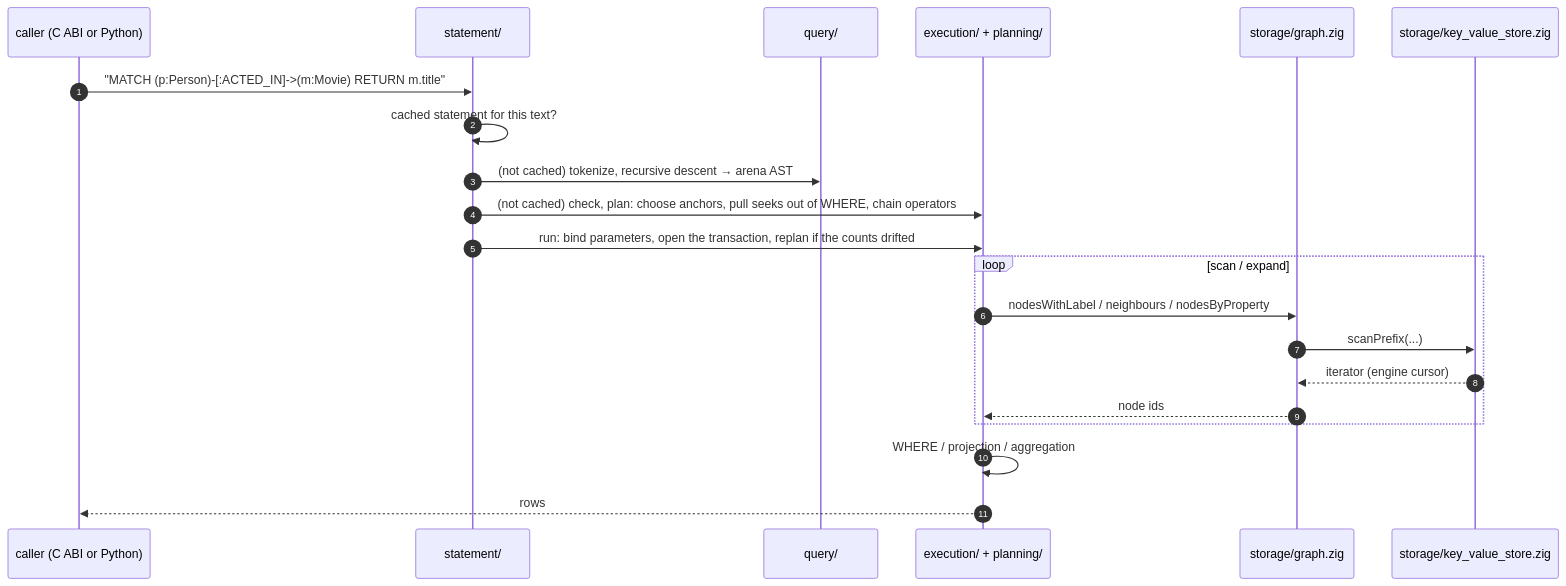
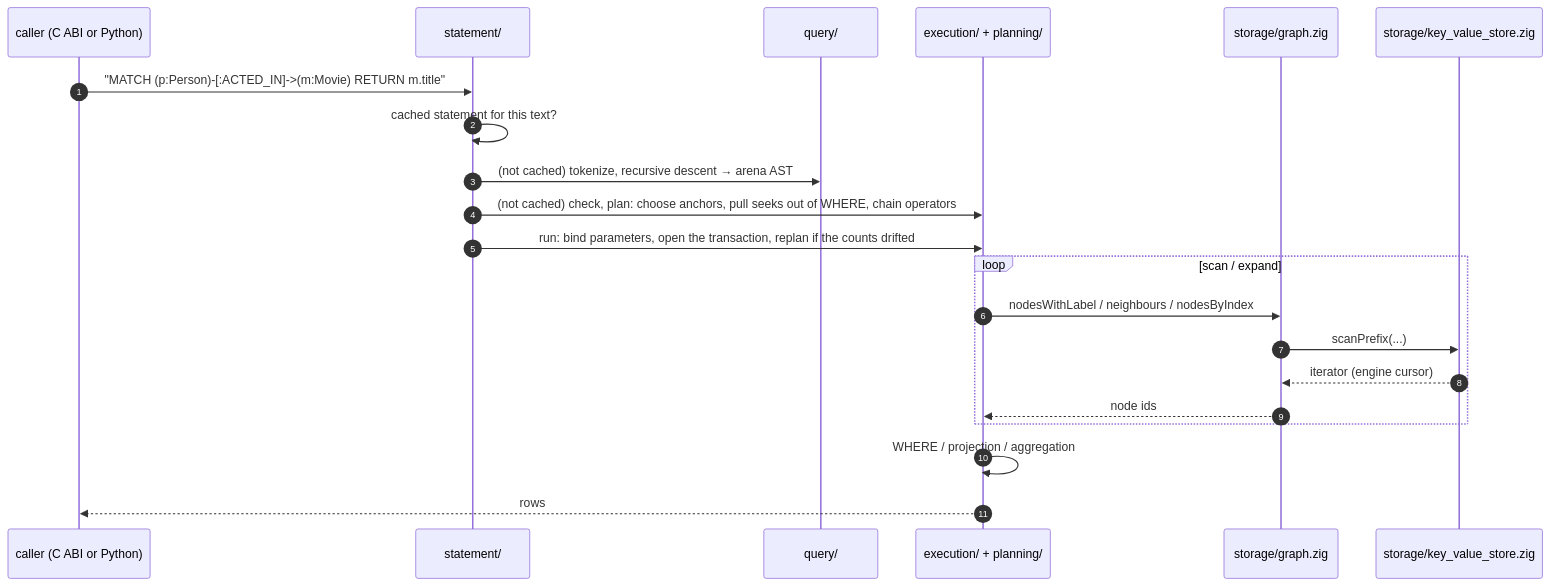
Before and after one commit to acasadom/zypherdb: the second of 2 diagrams in docs/guide/architecture.md, drawn with Mermaid. The commit also changed other lines of this file and 11 other files, not shown here.

````diff
--- a/docs/guide/architecture.md
+++ b/docs/guide/architecture.md
@@ -173,24 +174,24 @@
 ```{mermaid}
 sequenceDiagram
   autonumber
   participant C as caller (C ABI or Python)
   participant T as statement/
   participant P as query/
   participant E as execution/ + planning/
   participant G as storage/graph.zig
   participant S as storage/key_value_store.zig
 
   C->>T: "MATCH (p:Person)-[:ACTED_IN]->(m:Movie) RETURN m.title"
   T->>T: cached statement for this text?
   T->>P: (not cached) tokenize, recursive descent → arena AST
   T->>E: (not cached) check, plan: choose anchors, pull seeks out of WHERE, chain operators
   T->>E: run: bind parameters, open the transaction, replan if the counts drifted
   loop scan / expand
-    E->>G: nodesWithLabel / neighbours / nodesByProperty
+    E->>G: nodesWithLabel / neighbours / nodesByIndex
     G->>S: scanPrefix(...)
     S-->>G: iterator (engine cursor)
     G-->>E: node ids
   end
   E->>E: WHERE / projection / aggregation
   E-->>C: rows
 ```
````
